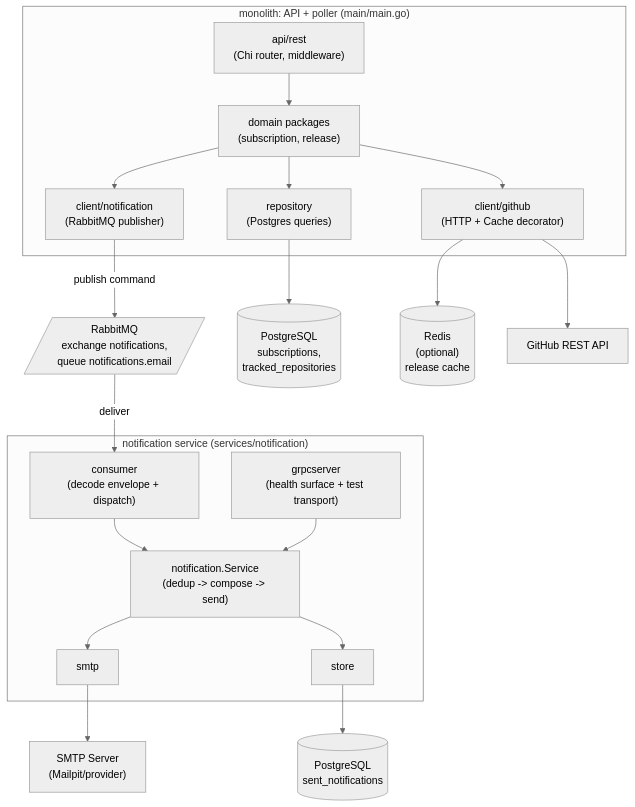
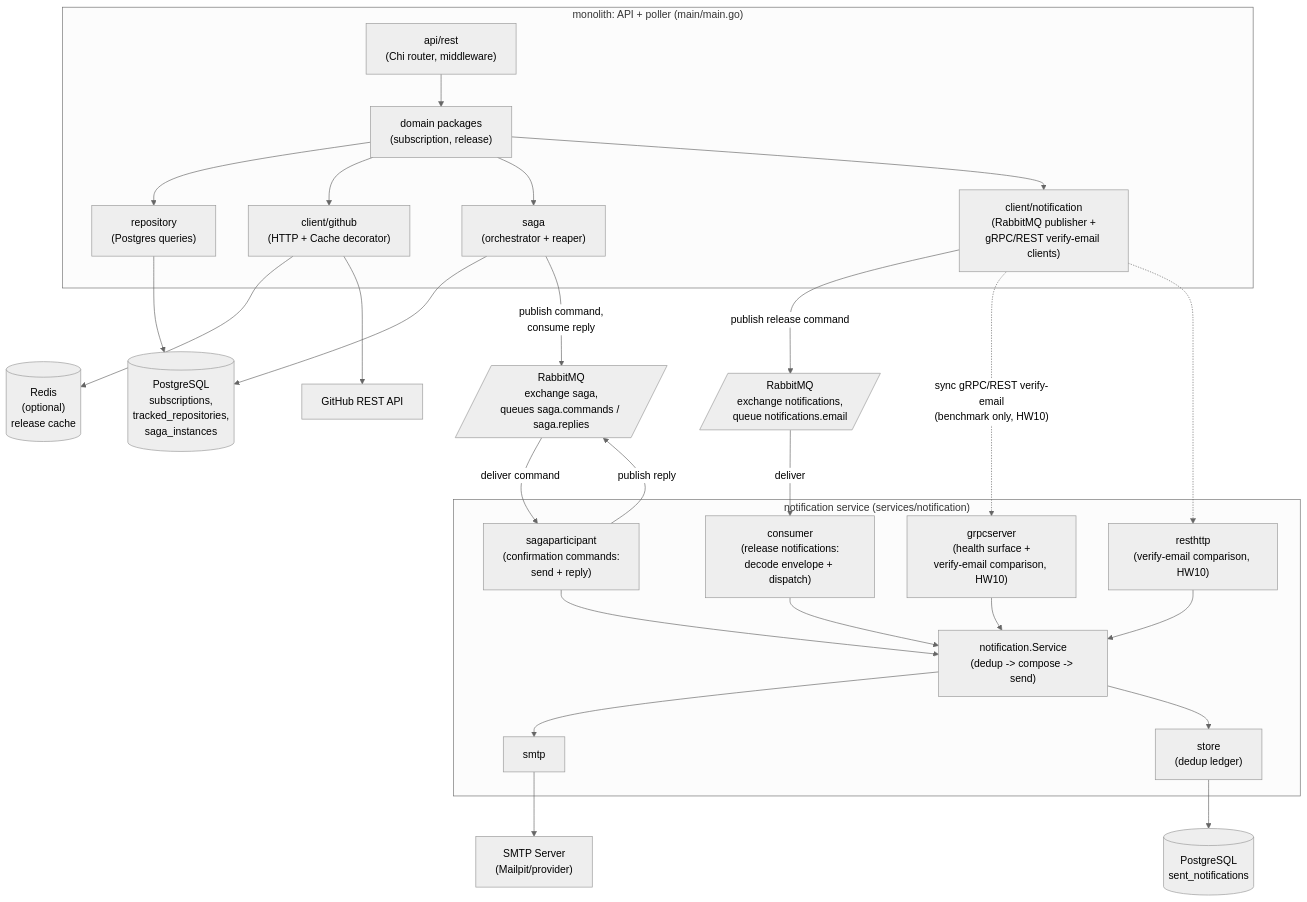
One commit to GenesisEducationKyiv/software-engineering-school-6-0-mashta-lilia changed the second of 6 diagrams in docs/system-design.md. Above: the diagram before and after it, drawn with Mermaid (neutral theme). The commit also changed other lines of this file and 1 other file, not shown here.

First line of the commit message:
docs(architecture): bring the container and sequence diagrams current

````diff
--- a/docs/system-design.md
+++ b/docs/system-design.md
@@ -87,44 +87,57 @@
 ```mermaid
 graph TB
     subgraph Monolith["monolith: API + poller (main/main.go)"]
         API["api/rest<br/>(Chi router, middleware)"]
         Domains["domain packages<br/>(subscription, release)"]
+        Saga["saga<br/>(orchestrator + reaper)"]
         Repo["repository<br/>(Postgres queries)"]
         GHC["client/github<br/>(HTTP + Cache decorator)"]
-        NotifyClient["client/notification<br/>(RabbitMQ publisher)"]
+        NotifyClient["client/notification<br/>(RabbitMQ publisher +<br/>gRPC/REST verify-email clients)"]
 
         API --> Domains
         Domains --> Repo
         Domains --> GHC
+        Domains --> Saga
         Domains --> NotifyClient
     end
 
-    Broker[/"RabbitMQ<br/>exchange notifications,<br/>queue notifications.email"/]
+    CmdBroker[/"RabbitMQ<br/>exchange saga,<br/>queues saga.commands / saga.replies"/]
+    EventBroker[/"RabbitMQ<br/>exchange notifications,<br/>queue notifications.email"/]
 
     subgraph Notification["notification service (services/notification)"]
-        Consumer["consumer<br/>(decode envelope + dispatch)"]
-        GRPC["grpcserver<br/>(health surface + test transport)"]
+        Consumer["consumer<br/>(release notifications:<br/>decode envelope + dispatch)"]
+        SagaParticipant["sagaparticipant<br/>(confirmation commands:<br/>send + reply)"]
+        GRPC["grpcserver<br/>(health surface +<br/>verify-email comparison, HW10)"]
+        REST["resthttp<br/>(verify-email comparison, HW10)"]
         NotificationApp["notification.Service<br/>(dedup -> compose -> send)"]
         SMTPAdapter["smtp"]
-        Ledger["store"]
+        Ledger["store<br/>(dedup ledger)"]
 
         Consumer --> NotificationApp
+        SagaParticipant --> NotificationApp
         GRPC --> NotificationApp
+        REST --> NotificationApp
         NotificationApp --> SMTPAdapter
         NotificationApp --> Ledger
     end
 
-    DB[("PostgreSQL<br/>subscriptions,<br/>tracked_repositories")]
+    DB[("PostgreSQL<br/>subscriptions,<br/>tracked_repositories,<br/>saga_instances")]
     NotifyDB[("PostgreSQL<br/>sent_notifications")]
     Cache[("Redis<br/>(optional)<br/>release cache")]
     GitHub["GitHub REST API"]
     SMTPSrv["SMTP Server<br/>(Mailpit/provider)"]
 
     Repo --> DB
+    Saga --> DB
     GHC --> Cache
     GHC --> GitHub
-    NotifyClient -- "publish command" --> Broker
-    Broker -- "deliver" --> Consumer
+    Saga -- "publish command,<br/>consume reply" --> CmdBroker
+    CmdBroker -- "deliver command" --> SagaParticipant
+    SagaParticipant -- "publish reply" --> CmdBroker
+    NotifyClient -- "publish release command" --> EventBroker
+    EventBroker -- "deliver" --> Consumer
+    NotifyClient -. "sync gRPC/REST verify-email<br/>(benchmark only, HW10)" .-> GRPC
+    NotifyClient -. " " .-> REST
     Ledger --> NotifyDB
     SMTPAdapter --> SMTPSrv
 ```
````
